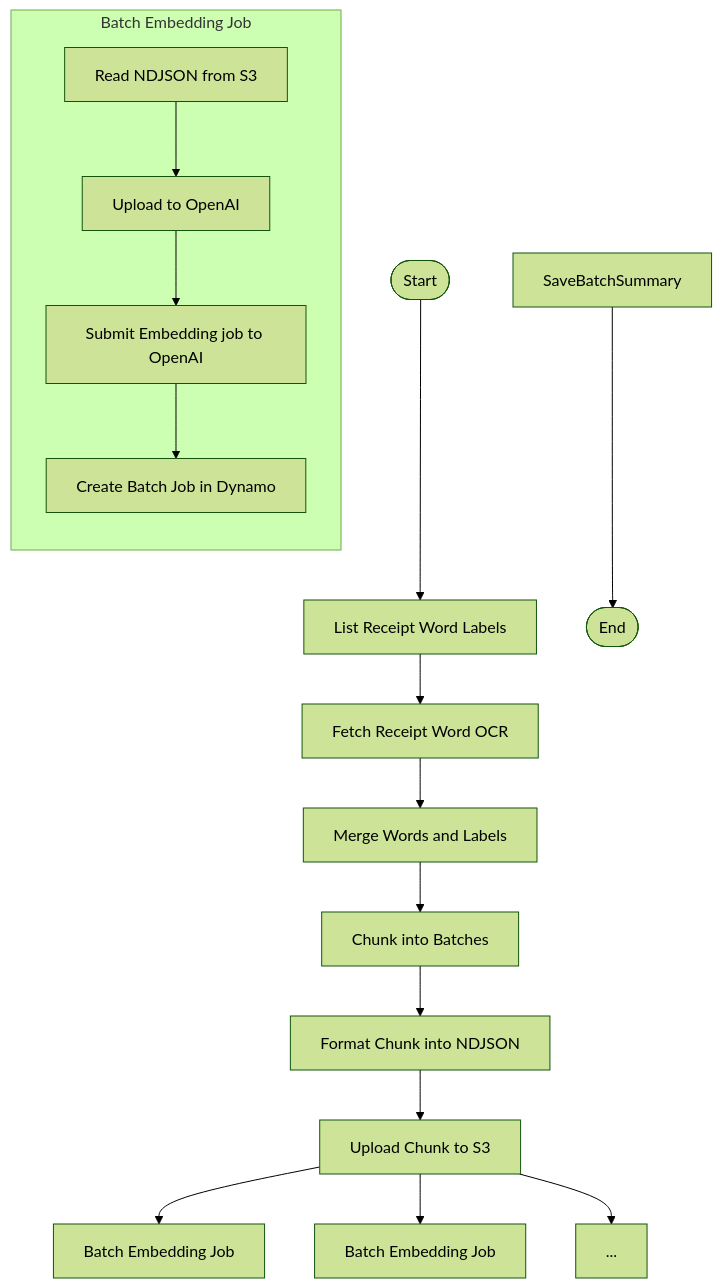
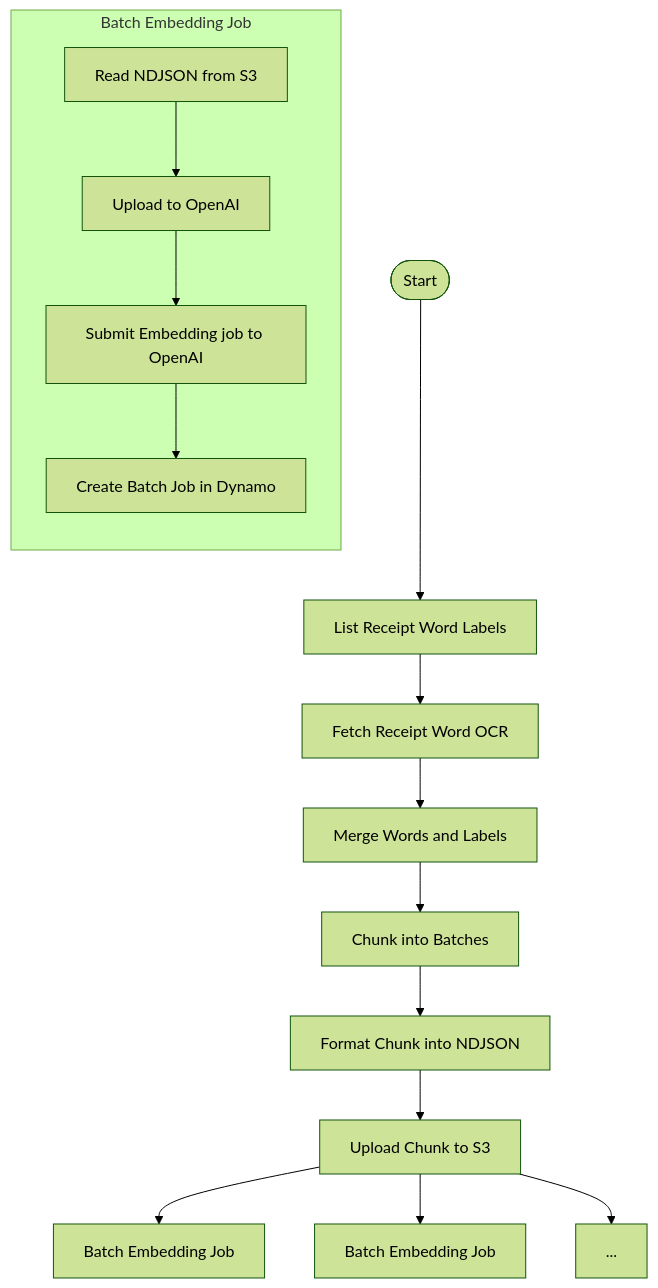
The diagram in receipt_label/receipt_label/submit_embedding_batch/README.md (tnorlund/Portfolio), drawn with Mermaid (forest theme) before and after one commit. The commit also changed 1 other file, not shown here.

````diff
--- a/receipt_label/receipt_label/submit_embedding_batch/README.md
+++ b/receipt_label/receipt_label/submit_embedding_batch/README.md
@@ -78,22 +78,20 @@
 ```mermaid
 flowchart TD
     Start([Start]) --> ListReceiptWordLabels["List Receipt Word Labels"]
     ListReceiptWordLabels --> FetchReceiptWords["Fetch Receipt Word OCR"]
     FetchReceiptWords --> JoinWordsAndLabels["Merge Words and Labels"]
     JoinWordsAndLabels --> ChunkIntoEmbeddingBatches["Chunk into Batches"]
     ChunkIntoEmbeddingBatches --> FormatChunk["Format Chunk into NDJSON"]
     FormatChunk --> UploadChunk["Upload Chunk to S3"]
 
     UploadChunk --> EachEmbeddingBatch["Batch Embedding Job"]
     UploadChunk --> EachEmbeddingBatch1["Batch Embedding Job"]
     UploadChunk --> EachEmbeddingBatchEllipsis["..."]
 
     subgraph "Batch Embedding Job"
         direction TB
         ReadNDJSON["Read NDJSON from S3"] --> UploadToOpenAI["Upload to OpenAI"]
         UploadToOpenAI --> SubmitEmbeddingBatchJob["Submit Embedding job to OpenAI"]
         SubmitEmbeddingBatchJob --> CreateBatchJobDynamo["Create Batch Job in Dynamo"]
     end
-
-    SaveBatchSummary --> End([End])
 ```
````
